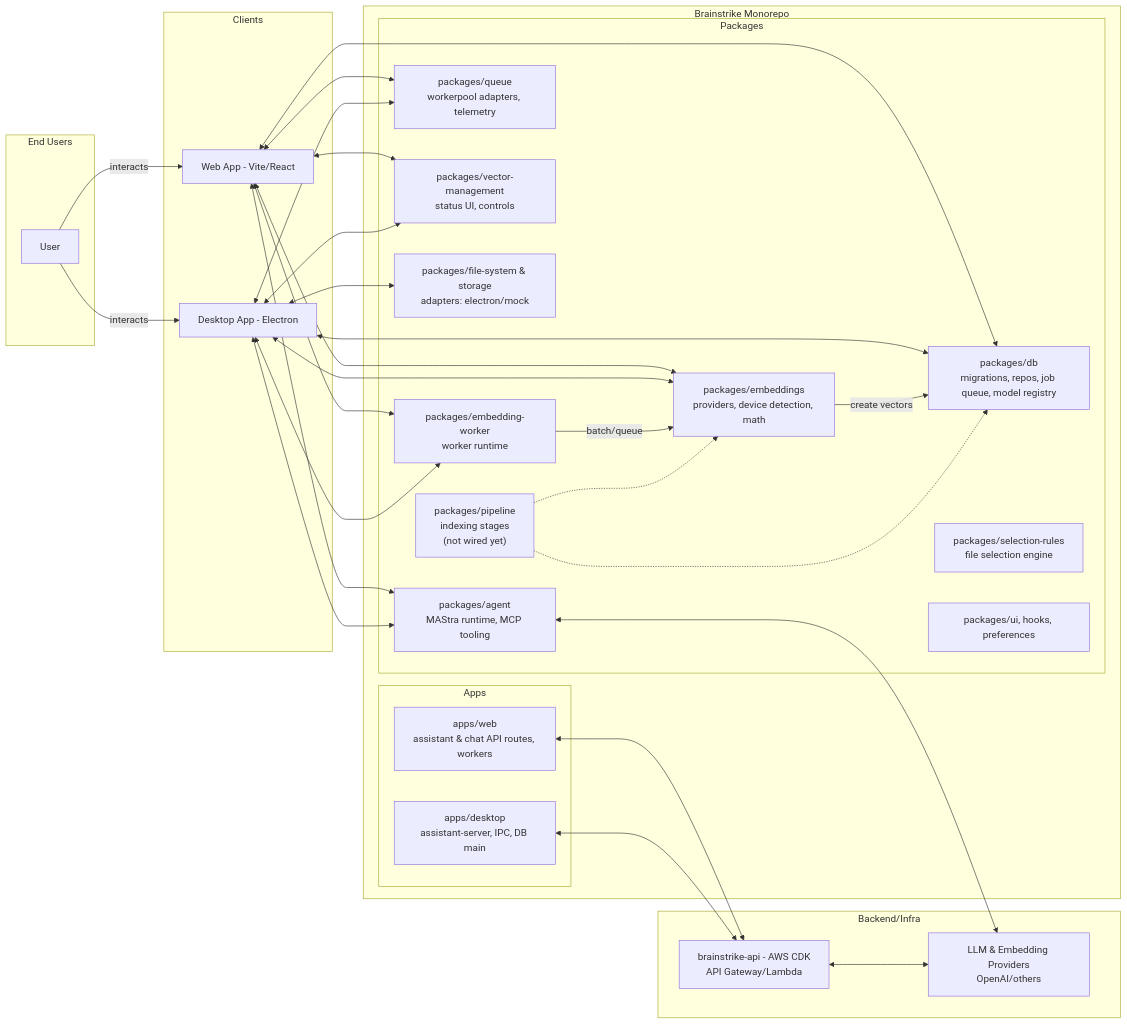
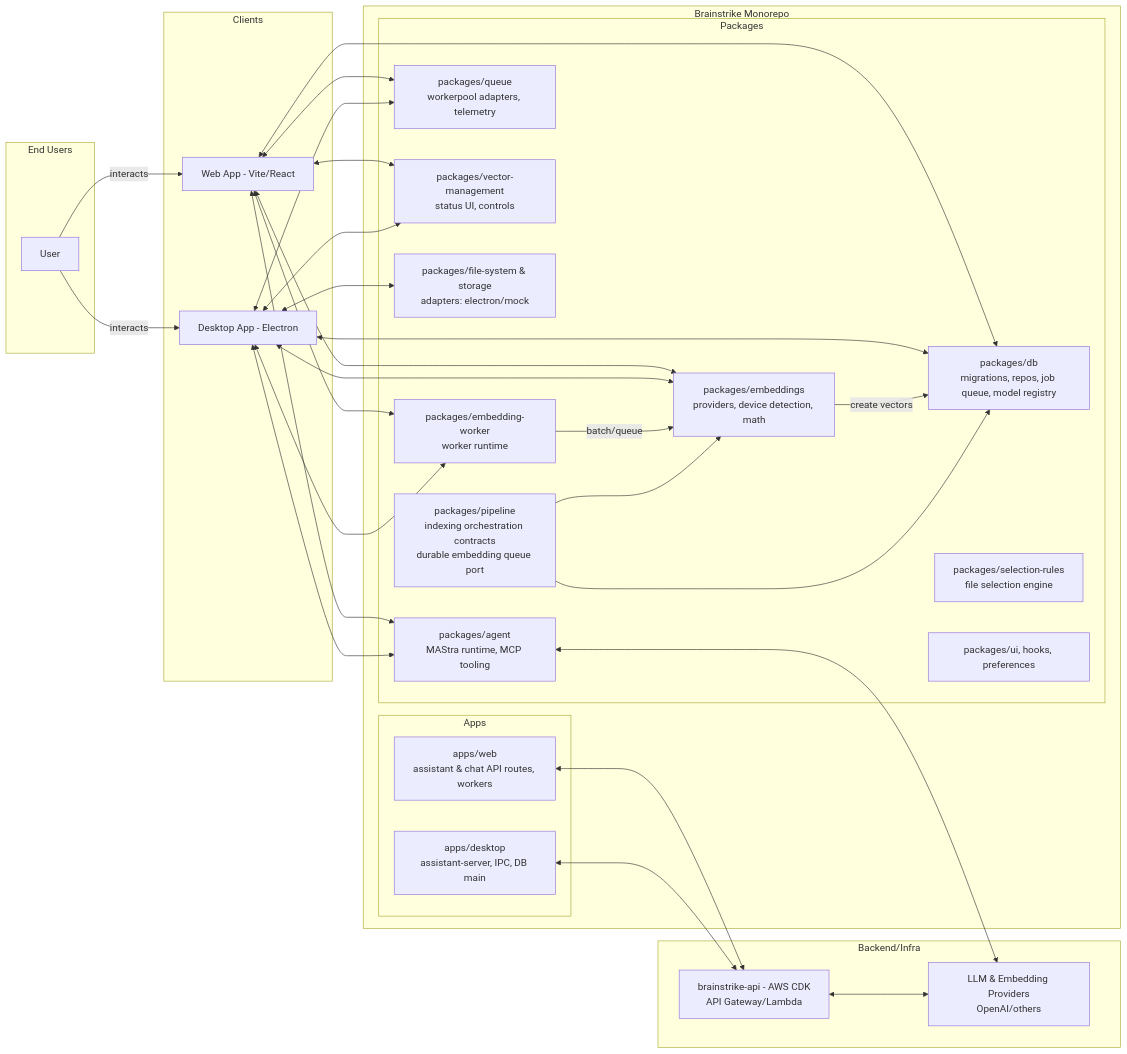
One commit to seandearnaley/brainstrike changed the diagram in apps/docs/docs/architecture/system-context.md. Above: the diagram before and after it, drawn with Mermaid. The commit also changed 1 other file, not shown here.

Commit message:
Document pipeline production ownership

````diff
--- a/apps/docs/docs/architecture/system-context.md
+++ b/apps/docs/docs/architecture/system-context.md
@@ -8,62 +8,62 @@
 ```mermaid
 flowchart LR
   subgraph UserSpace[End Users]
     U1[User]
   end
 
   subgraph Clients[Clients]
     W["Web App - Vite/React"]
     D["Desktop App - Electron"]
   end
 
   subgraph Core[Brainstrike Monorepo]
     subgraph Pkgs[Packages]
       DB["packages/db<br/>migrations, repos, job queue, model registry"]
       EMB["packages/embeddings<br/>providers, device detection, math"]
       EW["packages/embedding-worker<br/>worker runtime"]
       Q["packages/queue<br/>workerpool adapters, telemetry"]
       VM["packages/vector-management<br/>status UI, controls"]
       FS["packages/file-system & storage<br/>adapters: electron/mock"]
-      PL["packages/pipeline<br/>indexing stages<br/>(not wired yet)"]
+      PL["packages/pipeline<br/>indexing orchestration contracts<br/>durable embedding queue port"]
       SR["packages/selection-rules<br/>file selection engine"]
       AG["packages/agent<br/>MAStra runtime, MCP tooling"]
       UI[packages/ui, hooks, preferences]
     end
     subgraph Apps[Apps]
       AWeb["apps/web<br/>assistant & chat API routes, workers"]
       ADesk["apps/desktop<br/>assistant-server, IPC, DB main"]
     end
   end
 
   subgraph Backend[Backend/Infra]
     API["brainstrike-api - AWS CDK<br/>API Gateway/Lambda"]
     LLM["LLM & Embedding Providers<br/>OpenAI/others"]
   end
 
   U1 -->|interacts| W
   U1 -->|interacts| D
 
   W <--> DB
   W <--> EMB
   W <--> EW
   W <--> Q
   W <--> VM
   W <--> AG
 
   D <--> DB
   D <--> EMB
   D <--> EW
   D <--> Q
   D <--> VM
   D <--> FS
   D <--> AG
 
   AWeb <--> API
   ADesk <--> API
   EMB -->|create vectors| DB
   EW -->|batch/queue| EMB
-  PL -.-> DB
-  PL -.-> EMB
+  PL --> DB
+  PL --> EMB
   AG <--> LLM
   API <--> LLM
 ```
````
